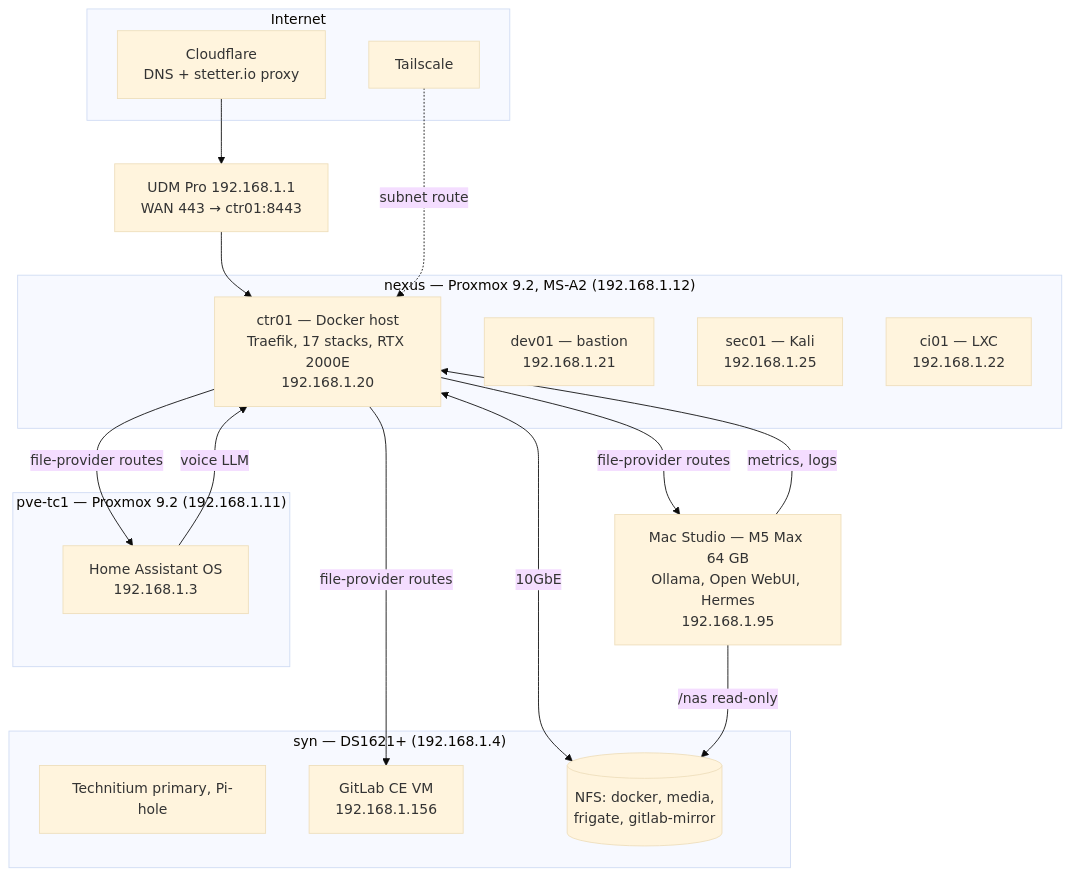
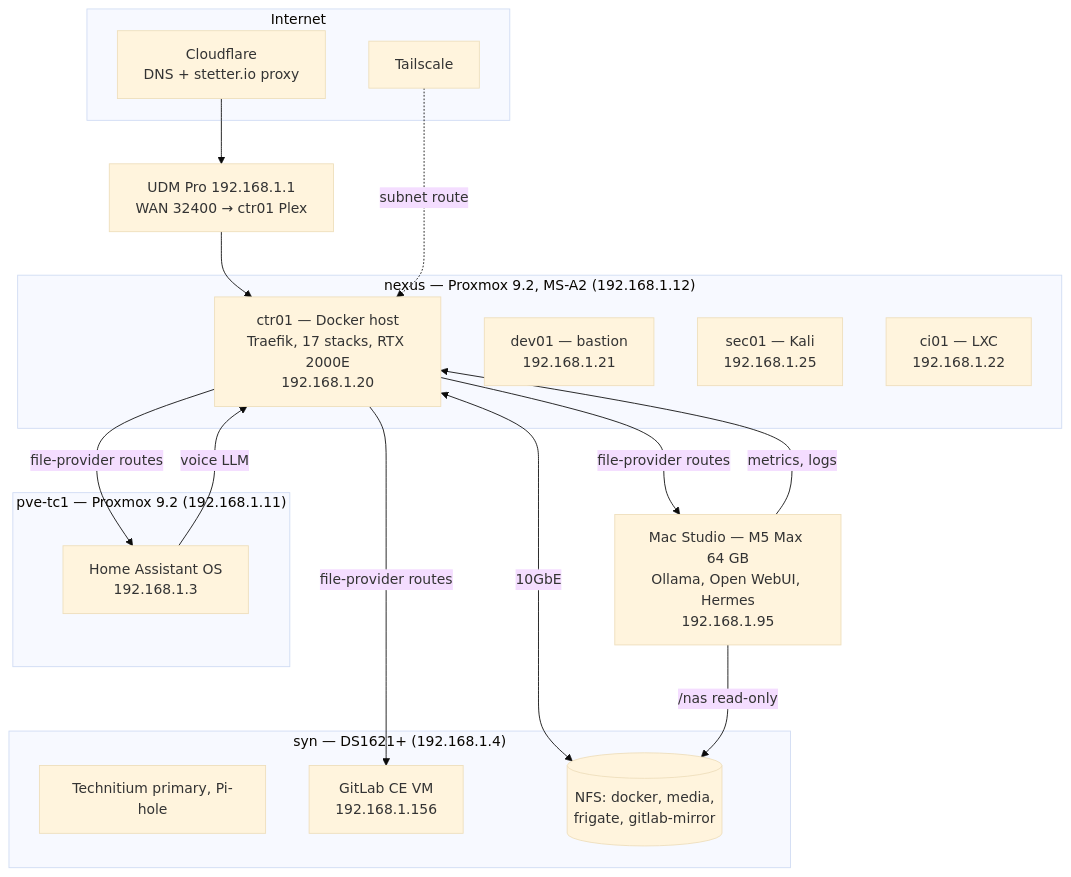
One commit to johnstetter/homelab-docs changed the diagram in docs/architecture/index.md. Above: the diagram before and after it, drawn with Mermaid (base theme). The commit also changed other lines of this file and 6 other files, not shown here.

First line of the commit message:
docs(network): no public web entrypoint; the only WAN forward is Plex

````diff
--- a/docs/architecture/index.md
+++ b/docs/architecture/index.md
@@ -16,38 +16,38 @@
 ```mermaid
 graph TB
     subgraph Internet
         CF[Cloudflare<br/>DNS + stetter.io proxy]
         TS[Tailscale]
     end
 
-    RTR[UDM Pro 192.168.1.1<br/>WAN 443 → ctr01:8443]
+    RTR[UDM Pro 192.168.1.1<br/>WAN 32400 → ctr01 Plex]
 
     subgraph NEXUS["nexus — Proxmox 9.2, MS-A2 (192.168.1.12)"]
         CTR01[ctr01 — Docker host<br/>Traefik, 17 stacks, RTX 2000E<br/>192.168.1.20]
         DEV01[dev01 — bastion<br/>192.168.1.21]
         SEC01[sec01 — Kali<br/>192.168.1.25]
         CI01[ci01 — LXC<br/>192.168.1.22]
     end
 
     STUDIO[Mac Studio — M5 Max 64 GB<br/>Ollama, Open WebUI, Hermes<br/>192.168.1.95]
 
     subgraph TC1["pve-tc1 — Proxmox 9.2 (192.168.1.11)"]
         HA[Home Assistant OS<br/>192.168.1.3]
     end
 
     subgraph SYN["syn — DS1621+ (192.168.1.4)"]
         DNS[Technitium primary, Pi-hole]
         GL[GitLab CE VM<br/>192.168.1.156]
         NFS[(NFS: docker, media,<br/>frigate, gitlab-mirror)]
     end
 
     CF --> RTR --> CTR01
     TS -.subnet route.-> CTR01
     CTR01 -->|file-provider routes| STUDIO
     CTR01 -->|file-provider routes| GL
     CTR01 -->|file-provider routes| HA
     HA -->|voice LLM| CTR01
     CTR01 <-->|10GbE| NFS
     STUDIO -->|/nas read-only| NFS
     STUDIO -->|metrics, logs| CTR01
 ```
````
